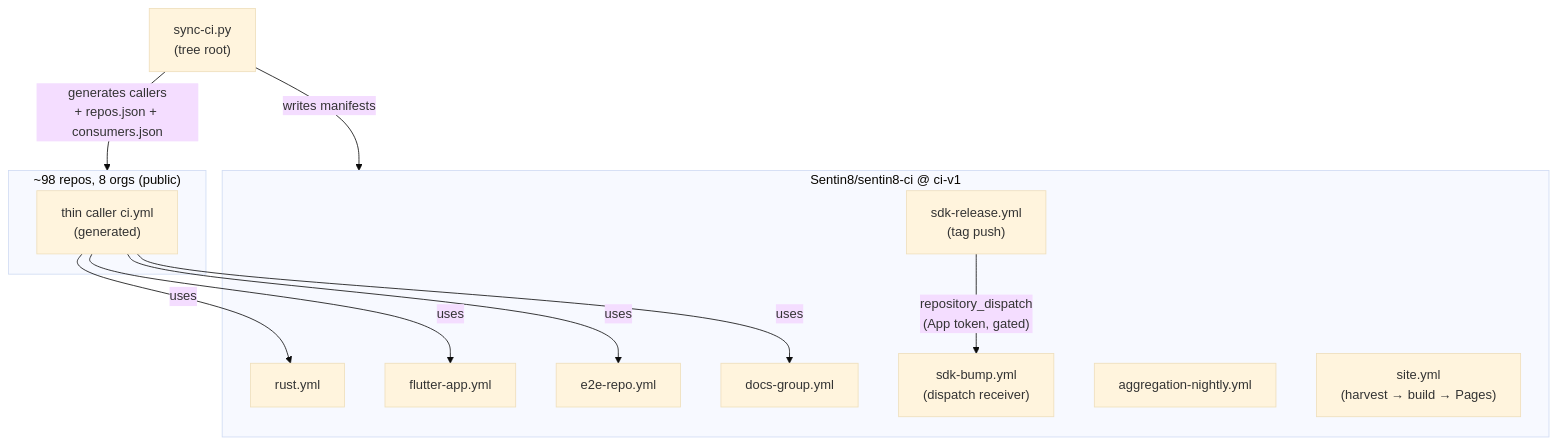
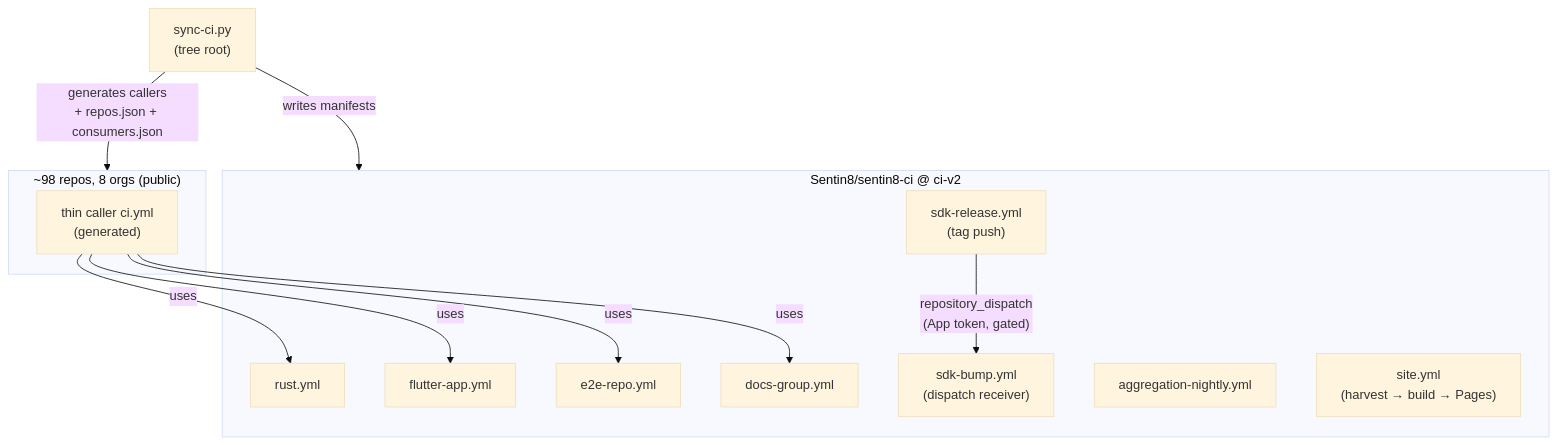
Before and after one commit to Sentin8/sentin8-ci: the diagram in README.md, drawn with Mermaid (base theme). The commit also changed other lines of this file and 5 other files, not shown here.

````diff
--- a/README.md
+++ b/README.md
@@ -34,23 +34,23 @@
 ```mermaid
 graph TD
     subgraph Repos["~98 repos, 8 orgs (public)"]
         C["thin caller ci.yml<br/>(generated)"]
     end
-    subgraph CI["Sentin8/sentin8-ci @ ci-v1"]
+    subgraph CI["Sentin8/sentin8-ci @ ci-v2"]
         W1["rust.yml"]
         W2["flutter-app.yml"]
         W3["e2e-repo.yml"]
         W4["docs-group.yml"]
         W5["sdk-release.yml<br/>(tag push)"]
         W6["sdk-bump.yml<br/>(dispatch receiver)"]
         W7["aggregation-nightly.yml"]
         W8["site.yml<br/>(harvest → build → Pages)"]
     end
     C -- "uses" --> W1
     C -- "uses" --> W2
     C -- "uses" --> W3
     C -- "uses" --> W4
     W5 -- "repository_dispatch<br/>(App token, gated)" --> W6
     S["sync-ci.py<br/>(tree root)"] -- "generates callers<br/>+ repos.json + consumers.json" --> Repos
     S -- "writes manifests" --> CI
 ```
````
